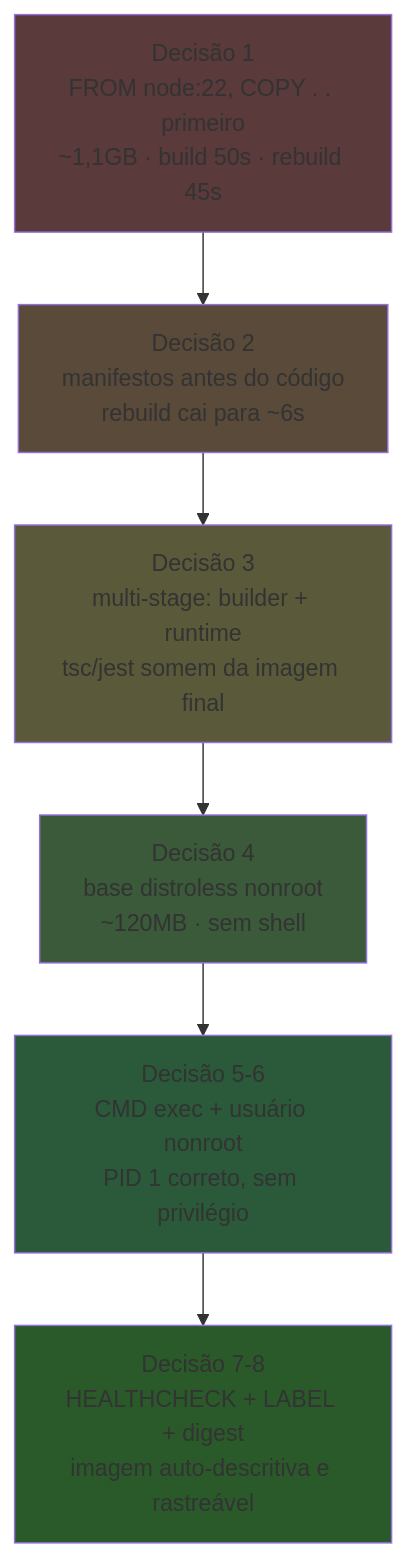
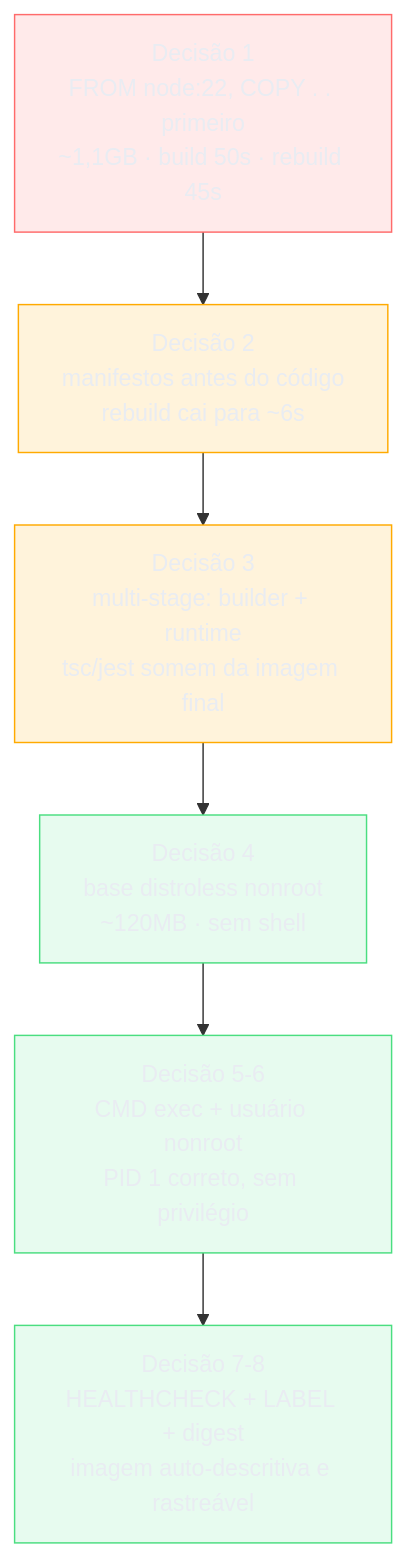
Before and after one commit to josenaldo/codex-technomanticus: the diagram in 03-Dominios/Tecnologia/Infraestrutura/Docker/18 - Capstone - empacotar uma app do zero.md, drawn with Mermaid. The commit also changed 1181 other files, not shown here.

First line of the commit message:
fix(diagramas): paleta do sistema no lugar de cor cravada no markdown

````diff
--- a/03-Dominios/Tecnologia/Infraestrutura/Docker/18 - Capstone - empacotar uma app do zero.md
+++ b/03-Dominios/Tecnologia/Infraestrutura/Docker/18 - Capstone - empacotar uma app do zero.md
@@ -301,15 +301,18 @@
 ```mermaid
 flowchart TD
+    classDef falha fill:#FF6B6B24,stroke:#FF6B6B,color:#E9ECF2
+    classDef destaque fill:#FFAA0024,stroke:#FFAA00,color:#E9ECF2
+    classDef ok fill:#4ADE8021,stroke:#4ADE80,color:#E9ECF2
     A["Decisão 1<br/>FROM node:22, COPY . . primeiro<br/>~1,1GB · build 50s · rebuild 45s"] --> B["Decisão 2<br/>manifestos antes do código<br/>rebuild cai para ~6s"]
     B --> C["Decisão 3<br/>multi-stage: builder + runtime<br/>tsc/jest somem da imagem final"]
     C --> D["Decisão 4<br/>base distroless nonroot<br/>~120MB · sem shell"]
     D --> E["Decisão 5-6<br/>CMD exec + usuário nonroot<br/>PID 1 correto, sem privilégio"]
     E --> F["Decisão 7-8<br/>HEALTHCHECK + LABEL + digest<br/>imagem auto-descritiva e rastreável"]
 
-    style A fill:#5a3a3a
-    style B fill:#5a4a3a
-    style C fill:#5a5a3a
-    style D fill:#3a5a3a
-    style E fill:#2a5a3a
-    style F fill:#2a5a2a
+    class A falha
+    class B destaque
+    class C destaque
+    class D ok
+    class E ok
+    class F ok
 ```
````
